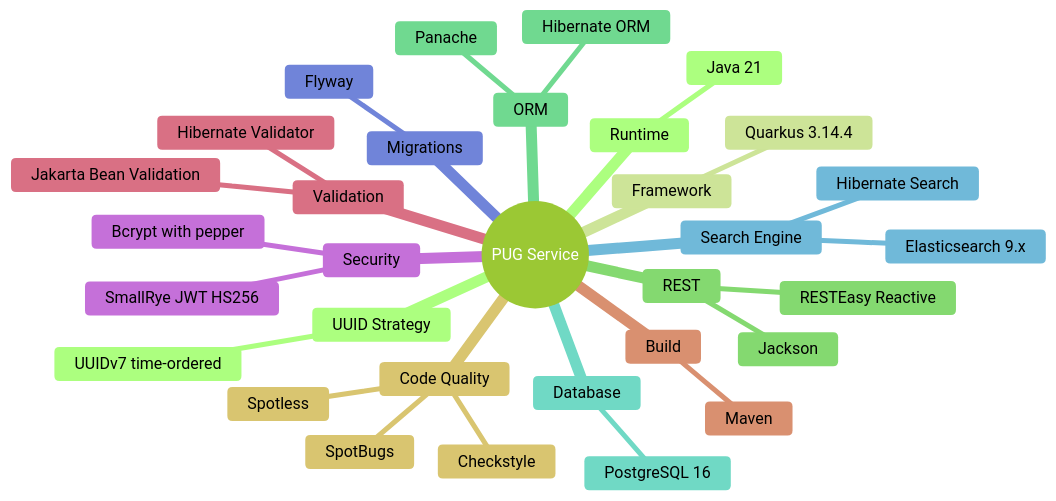
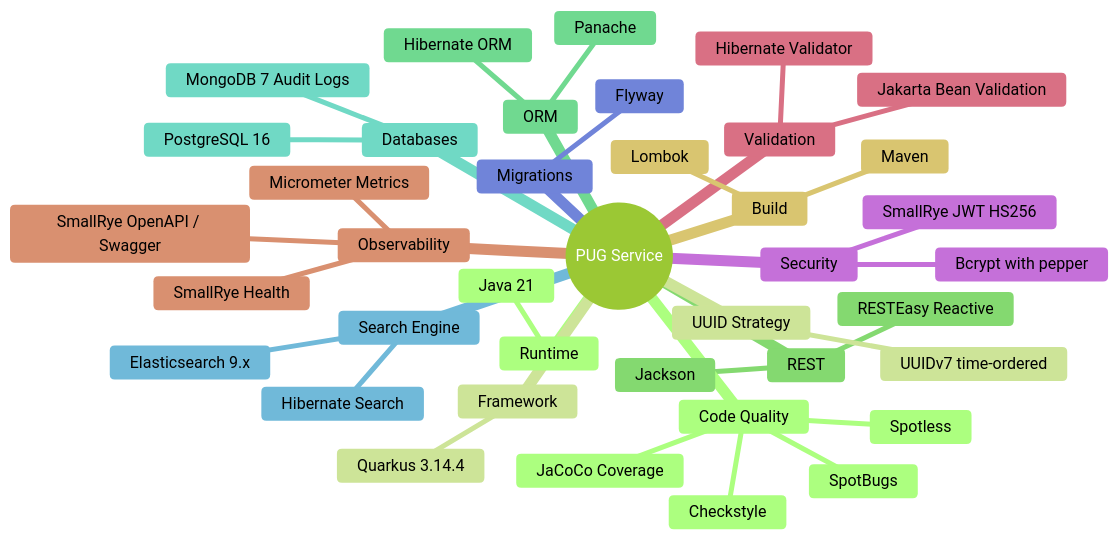
One commit to Plataforma-Universidade-Gratuita/pug-service changed the first of 6 diagrams in README.md. Above: the diagram before and after it, drawn with Mermaid (forest theme). The commit also changed other lines of this file and 31 other files, not shown here.

````diff
--- a/README.md
+++ b/README.md
@@ -23,35 +25,42 @@
 ```mermaid
 mindmap
   root((PUG Service))
     Runtime
       Java 21
     Framework
       Quarkus 3.14.4
     REST
       RESTEasy Reactive
       Jackson
     ORM
       Hibernate ORM
       Panache
-    Database
+    Databases
       PostgreSQL 16
+      MongoDB 7 Audit Logs
     Search Engine
       Elasticsearch 9.x
       Hibernate Search
     Migrations
       Flyway
     Security
       SmallRye JWT HS256
       Bcrypt with pepper
     Validation
       Jakarta Bean Validation
       Hibernate Validator
+    Observability
+      SmallRye OpenAPI / Swagger
+      SmallRye Health
+      Micrometer Metrics
     Build
       Maven
+      Lombok
     Code Quality
       SpotBugs
       Checkstyle
       Spotless
+      JaCoCo Coverage
     UUID Strategy
       UUIDv7 time-ordered
 ```
````
